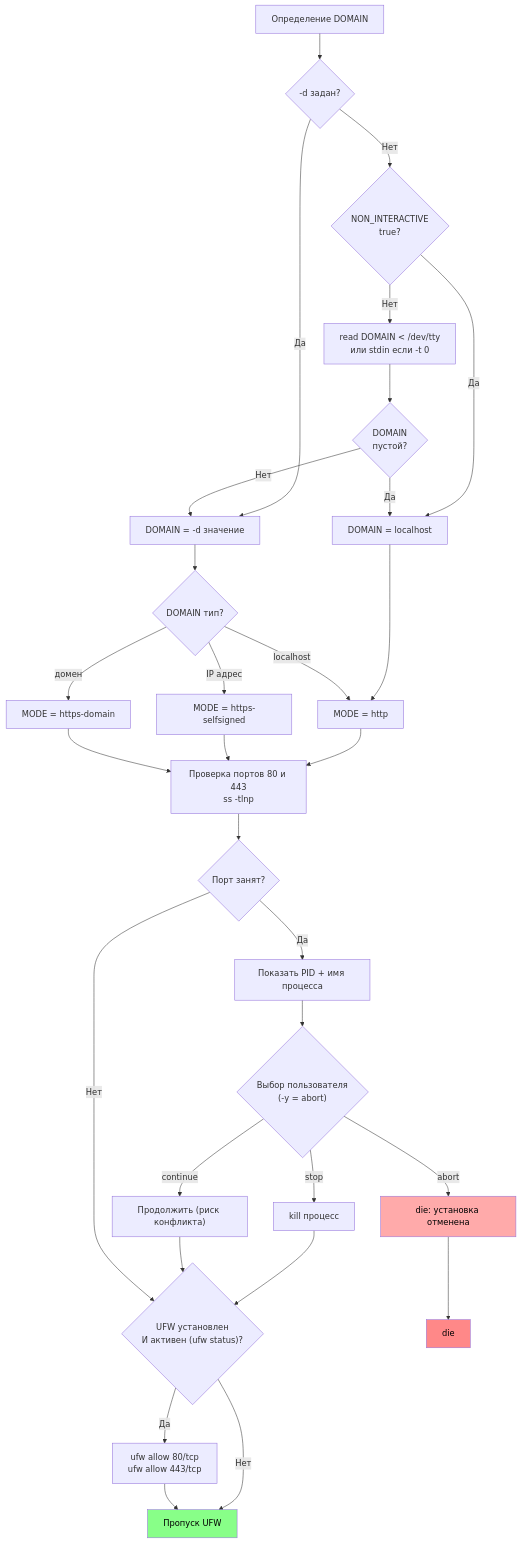
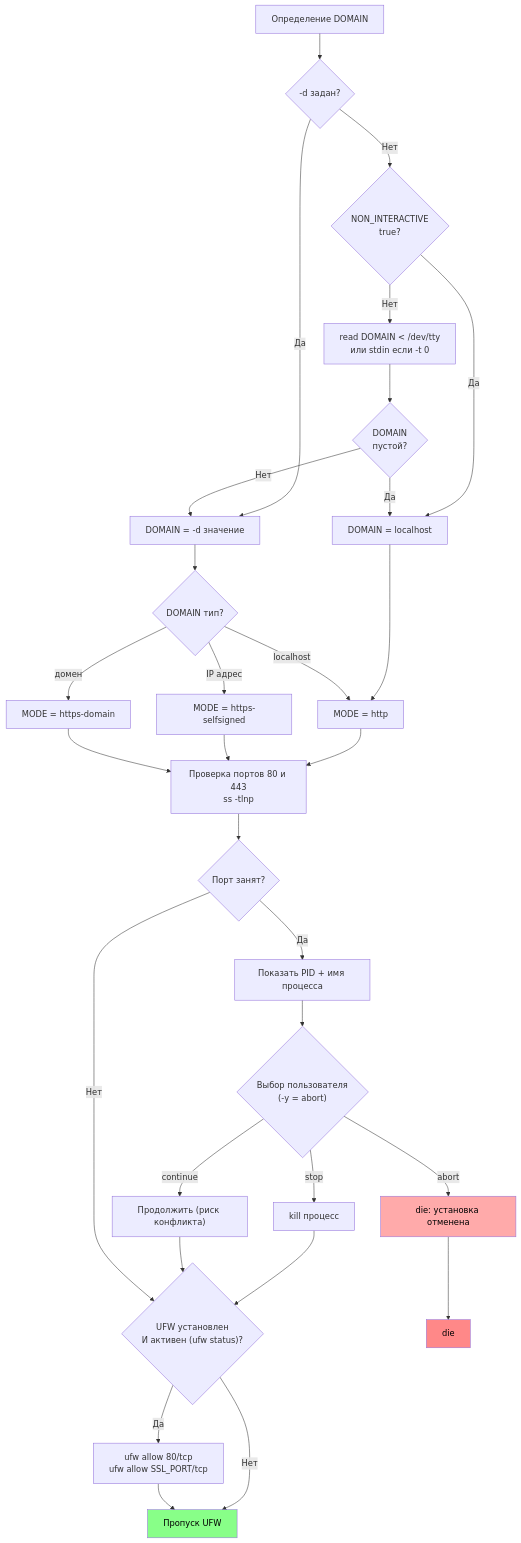
One commit to iqubik/myfakesite changed the fourth of 12 diagrams in docs/architecture.md. Above: the diagram before and after it, drawn with Mermaid. The commit also changed other lines of this file and 7 other files, not shown here.

````diff
--- a/docs/architecture.md
+++ b/docs/architecture.md
@@ -81,49 +81,49 @@
 ```mermaid
 flowchart TD
   Start2["Определение DOMAIN"] --> ArgCheck{"-d задан?"}
 
   ArgCheck -->|Да| UseDomain["DOMAIN = -d значение"]
   ArgCheck -->|Нет| NonInt{"NON_INTERACTIVE\ntrue?"}
 
   NonInt -->|Да| DefaultLocal["DOMAIN = localhost"]
   NonInt -->|Нет| Prompt["read DOMAIN < /dev/tty\nили stdin если -t 0"]
 
   Prompt --> EnteredEmpty{"DOMAIN\nпустой?"}
   EnteredEmpty -->|Да| DefaultLocal
   EnteredEmpty -->|Нет| UseDomain
 
   UseDomain --> ModeCheck
   DefaultLocal --> SetHttp["MODE = http"]
 
   ModeCheck{"DOMAIN тип?"} -->|localhost| SetHttp
   ModeCheck -->|IP адрес| SetSS["MODE = https-selfsigned"]
   ModeCheck -->|домен| SetLE["MODE = https-domain"]
 
   SetHttp --> PortCheck
   SetSS --> PortCheck
   SetLE --> PortCheck
 
   PortCheck["Проверка портов 80 и 443\nss -tlnp"] --> PortBusy{"Порт занят?"}
 
   PortBusy -->|Да| ShowProc["Показать PID + имя процесса"]
   ShowProc --> UserChoice{"Выбор пользователя\n(-y = abort)"}
 
   UserChoice -->|stop| StopProc["kill процесс"]
   UserChoice -->|continue| Cont["Продолжить (риск конфликта)"]
   UserChoice -->|abort| Abort["die: установка отменена"]
 
   StopProc --> UFWCheck
   Cont --> UFWCheck
   Abort --> Die2["die"]
 
   PortBusy -->|Нет| UFWCheck
 
-  UFWCheck{"UFW установлен\nИ активен (ufw status)?"} -->|Да| UFWOpen["ufw allow 80/tcp\nufw allow 443/tcp"]
+  UFWCheck{"UFW установлен\nИ активен (ufw status)?"} -->|Да| UFWOpen["ufw allow 80/tcp\nufw allow SSL_PORT/tcp"]
   UFWCheck -->|Нет| Done2["Пропуск UFW"]
 
   UFWOpen --> Done2
 
   style Die2 fill:#f88,color:#000
   style Done2 fill:#8f8,color:#000
   style Abort fill:#faa,color:#000
 ```
````
